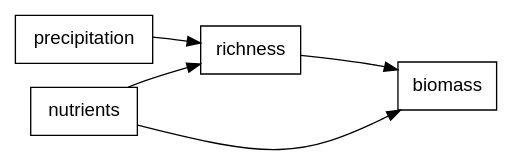
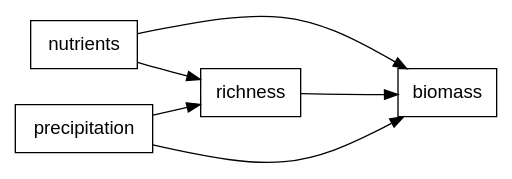
One commit to pennekampster/Swiss_SEM changed the seventh of 27 diagrams in 5_Slides/Intro_to_SEM_part1.qmd. Above: the diagram before and after it, drawn with Graphviz. The commit also changed other lines of this file and 3 other files, not shown here.

````diff
--- a/5_Slides/Intro_to_SEM_part1.qmd
+++ b/5_Slides/Intro_to_SEM_part1.qmd
@@ -549,27 +550,28 @@
 ```{dot}
 //| fig-width: 5
 //| fig-height: 2
 
 digraph  {
 
   # a 'graph' statement
   graph [overlap = false, fontsize = 10, layout = dot, splines = curved,
        rankdir = LR]
 
   # several 'node' statements
   node [shape = box,
         fontname = Helvetica]
         
   nutrients; richness; biomass; precipitation;
 
   # several 'edge' statements
     nutrients->richness ;
     precipitation->richness ;
+    precipitation->biomass ;
     richness->biomass ;
     nutrients->biomass [minlen=3];
     
     {rank=min; nutrients; precipitation;}
     {rank=max; biomass;}
     {rank=same; richness;}
 }
 ```
````
